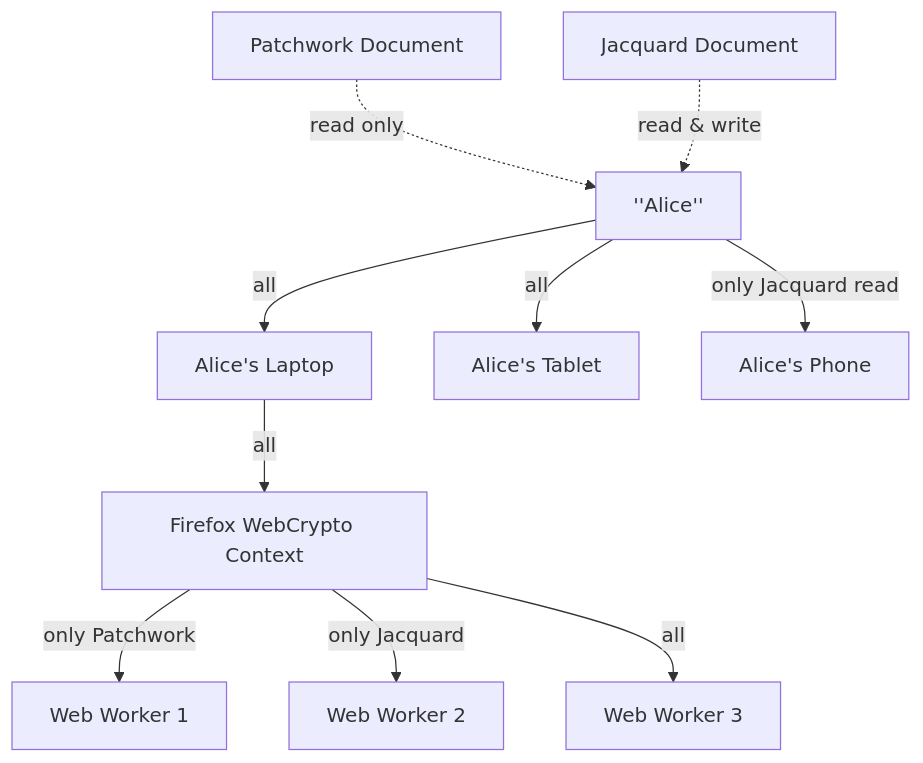
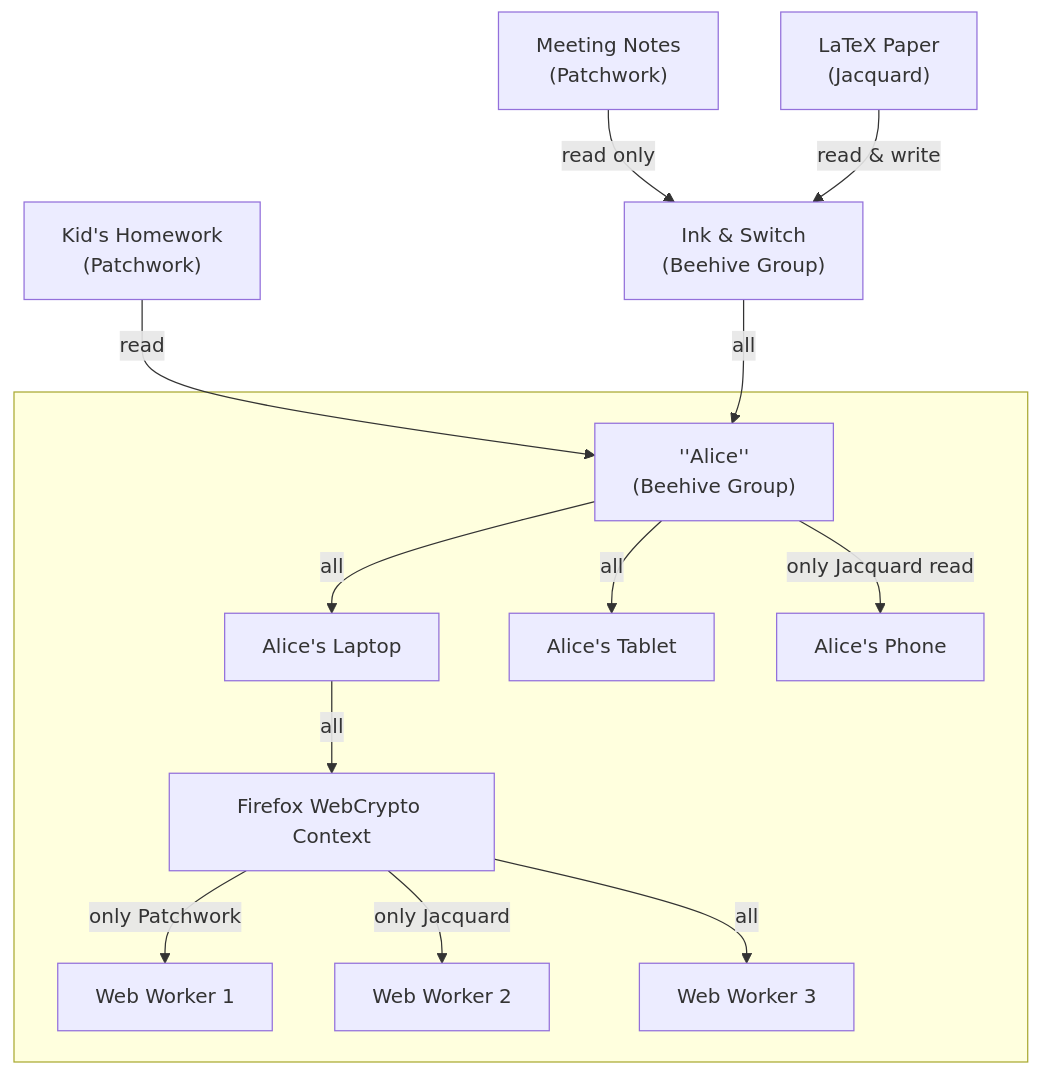
One commit to inkandswitch/keyhive changed the seventh of 7 diagrams in design/group_membership.md. Above: the diagram before and after it, drawn with Mermaid. The commit also changed other lines of this file, not shown here.

````diff
--- a/design/group_membership.md
+++ b/design/group_membership.md
@@ -211,24 +256,30 @@
 ```mermaid
 flowchart TB
-    doc1[Patchwork Document] -.->|read only| alice
-    doc2[Jacquard Document] -.->|read & write| alice
 
-    alice["''Alice''"]
+    doc1["Meeting Notes\n(Patchwork)"] -->|read only| ias
+    doc2["LaTeX Paper\n(Jacquard)"] -->|read & write| ias
+    doc3["Kid's Homework\n(Patchwork)"] -->|read| alice
 
-    aliceLaptop[Alice's Laptop]
-    aliceTablet[Alice's Tablet]
-    alicePhone[Alice's Phone]
-    
-    aliceFirefox[Firefox WebCrypto Context]
-    aliceWebWorker1[Web Worker 1]
-    aliceWebWorker2[Web Worker 2]
-    aliceWebWorker3[Web Worker 3]
+    ias["Ink & Switch\n(Beehive Group)"] -->|all| alice
 
-    alice -->|all| aliceLaptop -->|all| aliceFirefox
-    aliceFirefox -->|only Patchwork| aliceWebWorker1
-    aliceFirefox -->|only Jacquard| aliceWebWorker2
-    aliceFirefox -->|all| aliceWebWorker3
-    
-    alice -->|all| aliceTablet
-    alice -->|only Jacquard read| alicePhone
+    subgraph alicedomain[" "]
+        alice["''Alice''\n(Beehive Group)"]
+
+        aliceLaptop[Alice's Laptop]
+        aliceTablet[Alice's Tablet]
+        alicePhone[Alice's Phone]
+        
+        aliceFirefox[Firefox WebCrypto Context]
+        aliceWebWorker1[Web Worker 1]
+        aliceWebWorker2[Web Worker 2]
+        aliceWebWorker3[Web Worker 3]
+
+        alice -->|all| aliceLaptop -->|all| aliceFirefox
+        aliceFirefox -->|only Patchwork| aliceWebWorker1
+        aliceFirefox -->|only Jacquard| aliceWebWorker2
+        aliceFirefox -->|all| aliceWebWorker3
+        
+        alice -->|all| aliceTablet
+        alice -->|only Jacquard read| alicePhone
+    end
 ```
````
